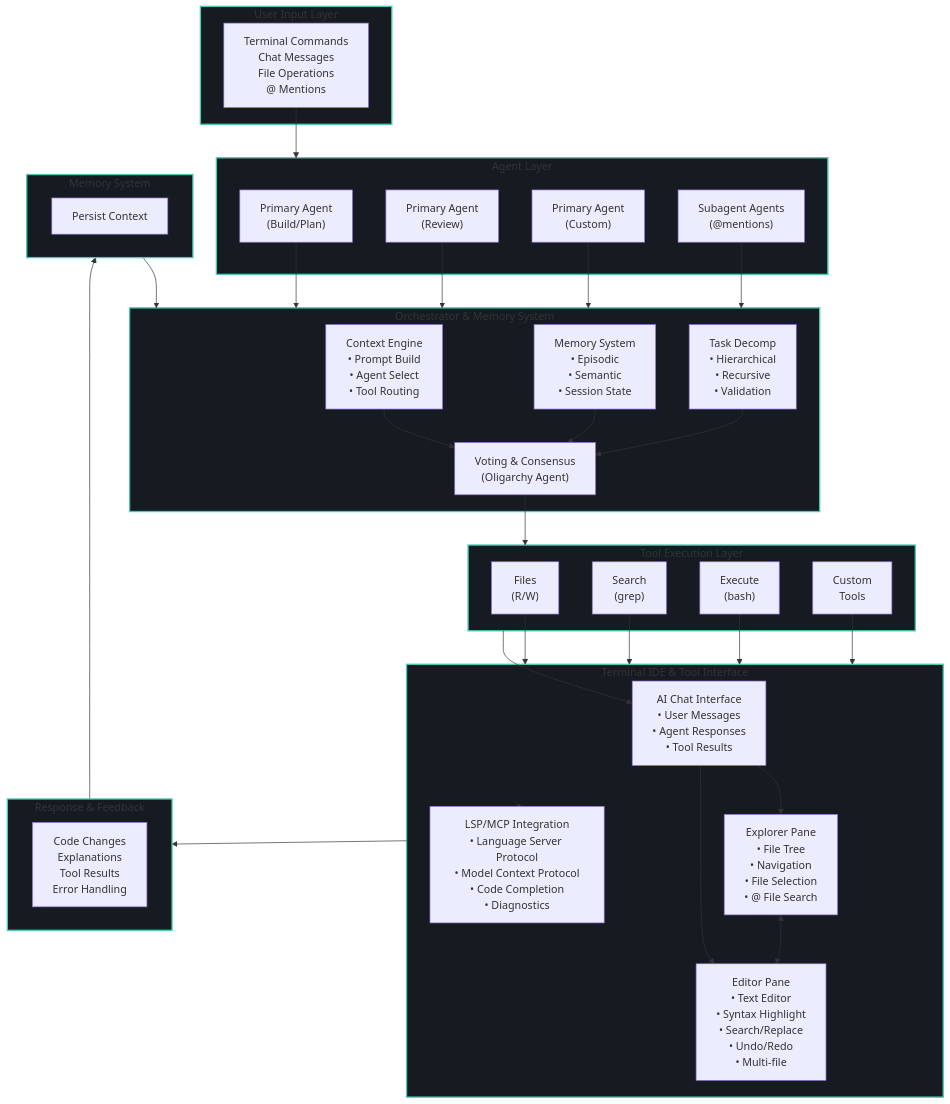
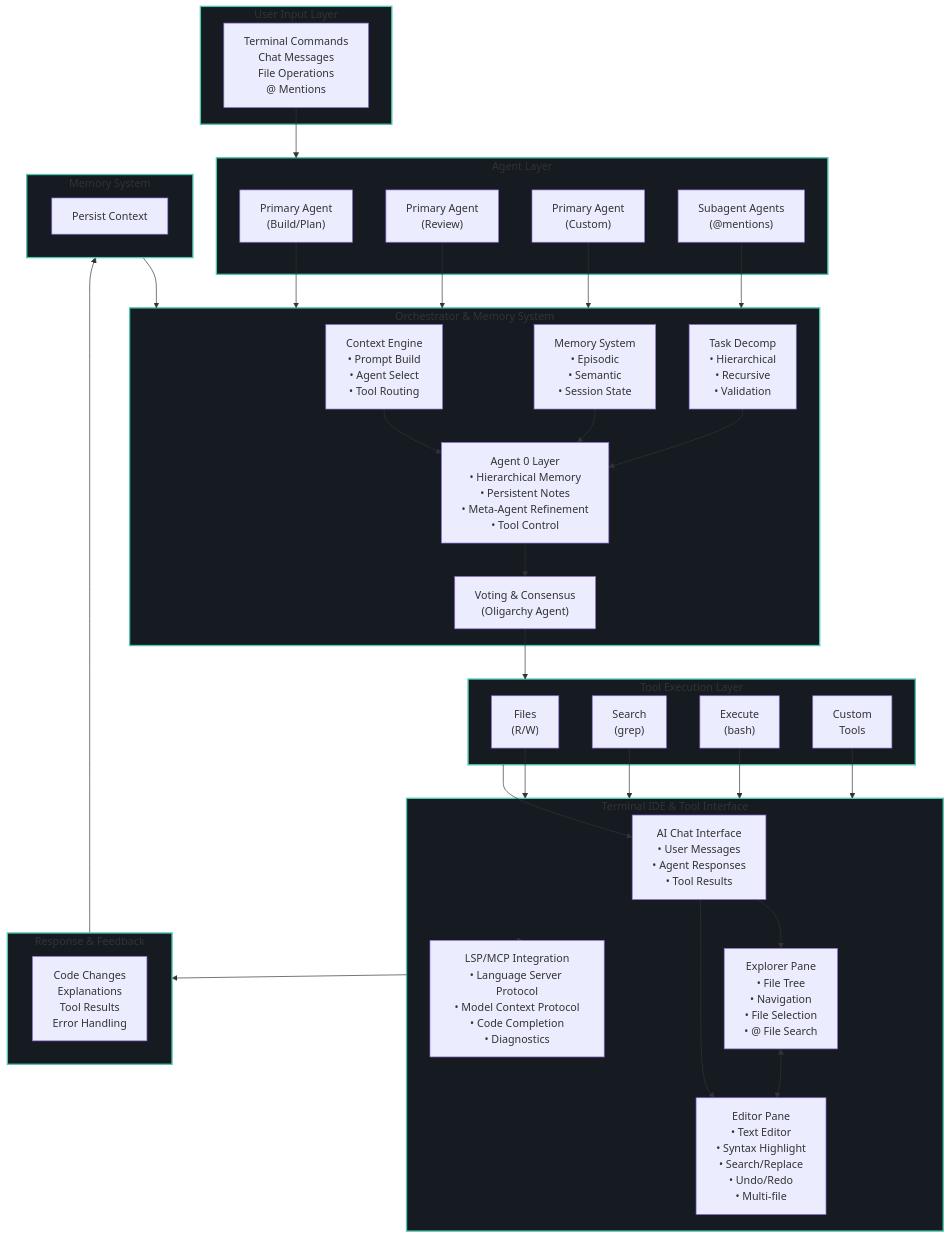
Before and after one commit to Persistence-AI/.github: the diagram in profile/README.md, drawn with Mermaid.

Commit message:
Add Agent 0 to architecture diagram
Show Agent 0 as part of the orchestrator flow in the mermaid architecture.

````diff
--- a/profile/README.md
+++ b/profile/README.md
@@ -269,76 +269,78 @@
 ```mermaid
 flowchart TB
     subgraph Input["User Input Layer"]
         UI["Terminal Commands<br/>Chat Messages<br/>File Operations<br/>@ Mentions"]
     end
     
     subgraph Agents["Agent Layer"]
         A1["Primary Agent<br/>(Build/Plan)"]
         A2["Primary Agent<br/>(Review)"]
         A3["Primary Agent<br/>(Custom)"]
         A4["Subagent Agents<br/>(@mentions)"]
     end
     
     subgraph Orchestrator["Orchestrator & Memory System"]
         CE["Context Engine<br/>• Prompt Build<br/>• Agent Select<br/>• Tool Routing"]
         MS["Memory System<br/>• Episodic<br/>• Semantic<br/>• Session State"]
         TD["Task Decomp<br/>• Hierarchical<br/>• Recursive<br/>• Validation"]
+        A0["Agent 0 Layer<br/>• Hierarchical Memory<br/>• Persistent Notes<br/>• Meta-Agent Refinement<br/>• Tool Control"]
         VC["Voting & Consensus<br/>(Oligarchy Agent)"]
     end
     
     subgraph Tools["Tool Execution Layer"]
         F["Files<br/>(R/W)"]
         S["Search<br/>(grep)"]
         E["Execute<br/>(bash)"]
         C["Custom<br/>Tools"]
     end
     
     subgraph IDE["Terminal IDE & Tool Interface"]
         Chat["AI Chat Interface<br/>• User Messages<br/>• Agent Responses<br/>• Tool Results"]
         Explorer["Explorer Pane<br/>• File Tree<br/>• Navigation<br/>• File Selection<br/>• @ File Search"]
         Editor["Editor Pane<br/>• Text Editor<br/>• Syntax Highlight<br/>• Search/Replace<br/>• Undo/Redo<br/>• Multi-file"]
         LSP["LSP/MCP Integration<br/>• Language Server Protocol<br/>• Model Context Protocol<br/>• Code Completion<br/>• Diagnostics"]
     end
     
     subgraph Response["Response & Feedback"]
         RF["Code Changes<br/>Explanations<br/>Tool Results<br/>Error Handling"]
     end
     
     subgraph Memory["Memory System"]
         Mem["Persist Context"]
     end
     
     UI --> Agents
     A1 --> Orchestrator
     A2 --> Orchestrator
     A3 --> Orchestrator
     A4 --> Orchestrator
     
-    CE --> VC
-    MS --> VC
-    TD --> VC
+    CE --> A0
+    MS --> A0
+    TD --> A0
+    A0 --> VC
     
     VC --> Tools
     F --> IDE
     S --> IDE
     E --> IDE
     C --> IDE
     
     Tools --> Chat
     Chat --> Explorer
     Chat --> Editor
     Explorer <--> Editor
     IDE --> LSP
     
     IDE --> Response
     Response --> Memory
     Memory --> Orchestrator
     
     style Input fill:#161b22,stroke:#4ec9b0,stroke-width:2px
     style Agents fill:#161b22,stroke:#4ec9b0,stroke-width:2px
     style Orchestrator fill:#161b22,stroke:#4ec9b0,stroke-width:2px
     style Tools fill:#161b22,stroke:#4ec9b0,stroke-width:2px
     style IDE fill:#161b22,stroke:#4ec9b0,stroke-width:2px
     style Response fill:#161b22,stroke:#4ec9b0,stroke-width:2px
     style Memory fill:#161b22,stroke:#4ec9b0,stroke-width:2px
 ```
````
